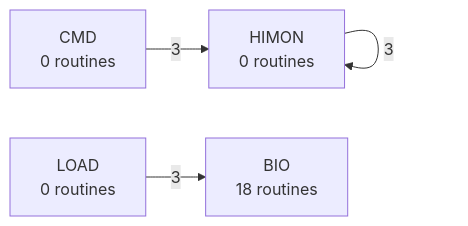
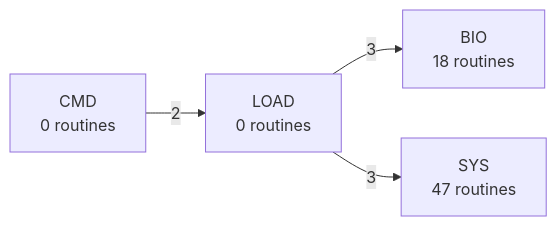
One commit to 95westus/R-YORS changed the fourth of 7 diagrams in DOC/GENERATED/ROUTINE_PREFIX_MAP.md. Above: the diagram before and after it, drawn with Mermaid. The commit also changed other lines of this file and 94 other files, not shown here.

````diff
--- a/DOC/GENERATED/ROUTINE_PREFIX_MAP.md
+++ b/DOC/GENERATED/ROUTINE_PREFIX_MAP.md
@@ -64,6 +64,6 @@
 ```mermaid
 flowchart LR
-    P_CMD["CMD<br/>0 routines"] -->|3| P_HIMON["HIMON<br/>0 routines"]
-    P_HIMON["HIMON<br/>0 routines"] -->|3| P_HIMON["HIMON<br/>0 routines"]
     P_LOAD["LOAD<br/>0 routines"] -->|3| P_BIO["BIO<br/>18 routines"]
+    P_LOAD["LOAD<br/>0 routines"] -->|3| P_SYS["SYS<br/>47 routines"]
+    P_CMD["CMD<br/>0 routines"] -->|2| P_LOAD["LOAD<br/>0 routines"]
 ```
````
